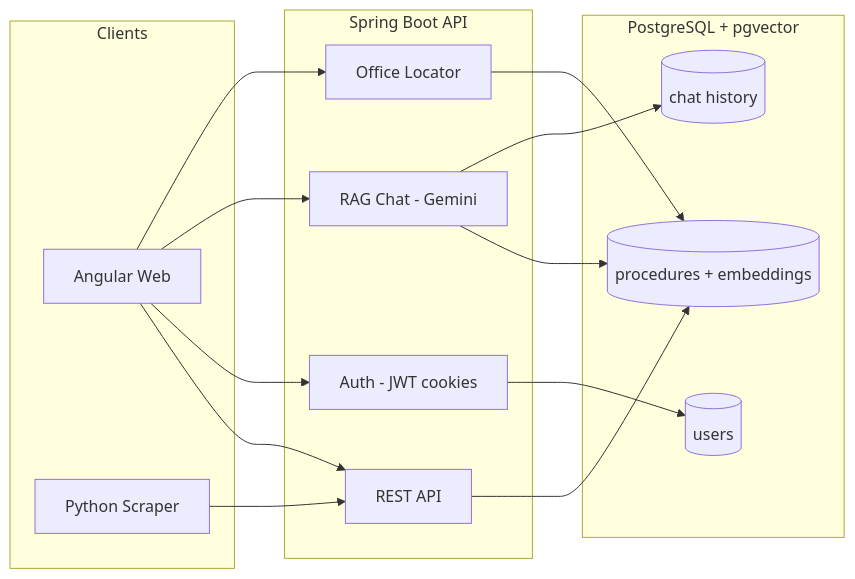
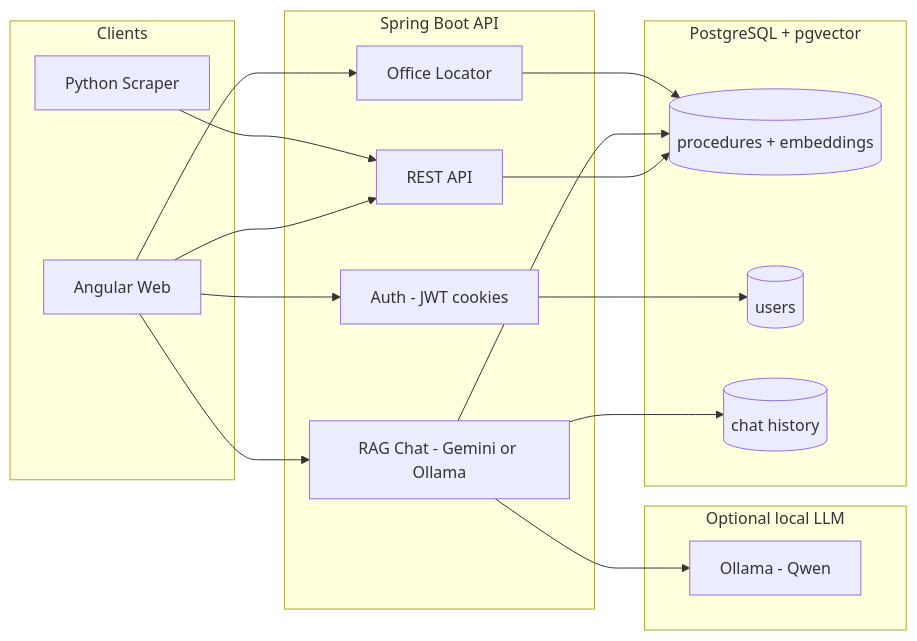
The diagram in README.md (hsanjebri/dossia-), drawn with Mermaid before and after one commit. The commit also changed other lines of this file and 41 other files, not shown here.

First line of the commit message:
Add Ollama LLM provider with Gemini auto-fallback for chat RAG.

````diff
--- a/README.md
+++ b/README.md
@@ -51,31 +54,36 @@
 ```mermaid
 flowchart LR
     subgraph clients [Clients]
         Web[Angular Web]
         Scraper[Python Scraper]
     end
 
     subgraph backend [Spring Boot API]
         API[REST API]
         Auth[Auth - JWT cookies]
-        RAG[RAG Chat - Gemini]
+        RAG[RAG Chat - Gemini or Ollama]
         Office[Office Locator]
     end
 
     subgraph data [PostgreSQL + pgvector]
         DB[(procedures + embeddings)]
         Users[(users)]
         Chats[(chat history)]
+    end
+
+    subgraph llm [Optional local LLM]
+        Ollama[Ollama - Qwen]
     end
 
     Web --> API
     Web --> Auth
     Web --> RAG
     Web --> Office
     Scraper --> API
     API --> DB
     Auth --> Users
     RAG --> DB
     RAG --> Chats
+    RAG --> Ollama
     Office --> DB
 ```
````
